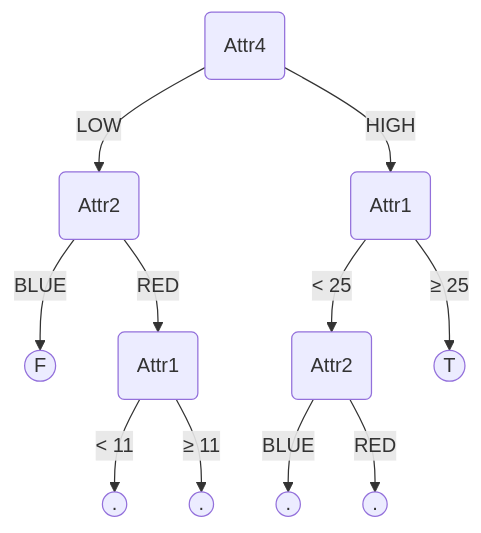
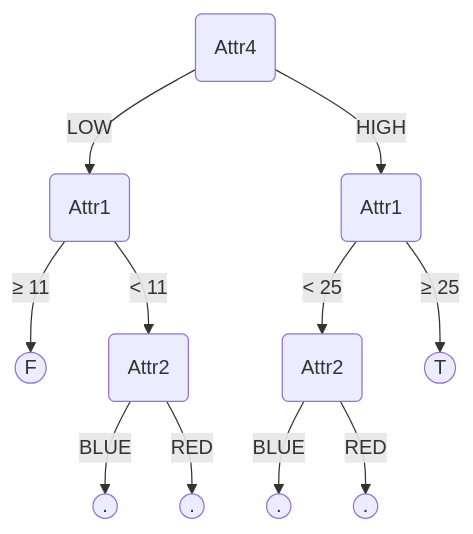
Before and after one commit to khantilchoksi/Automated-Learning-and-Data-Analysis: the third of 10 diagrams in CSC522_HW2/Q2.md, drawn with Mermaid. The commit also changed other lines of this file and 1 other file, not shown here.

````diff
--- a/CSC522_HW2/Q2.md
+++ b/CSC522_HW2/Q2.md
@@ -210,13 +208,13 @@
 ```mermaid
 graph TD
-	node1(Attr4) --LOW--> node2(Attr2)
+	node1(Attr4) --LOW--> node2(Attr1)
 	node1(Attr4) --HIGH--> node3(Attr1)
-	node2(Attr2) --BLUE--> node4((F))
-	node2(Attr2) --RED--> node5(Attr1)
+	node2(Attr1) --"≥ 11"--> node4((F))
+	node2(Attr1) --"< 11"--> node5(Attr2)
 	node3(Attr1) --"< 25"--> node6(Attr2)
 	node3(Attr1) --"≥ 25"--> node7((T))
-	node5(Attr1) --"< 11"--> node8((.))
-	node5(Attr1) --"≥ 11"--> node9((.))
+	node5(Attr2) --BLUE--> node8((.))
+	node5(Attr2) --RED--> node9((.))
 	node6(Attr2) --BLUE--> node10((.))
 	node6(Attr2) --RED--> node11((.))
 ```
````
